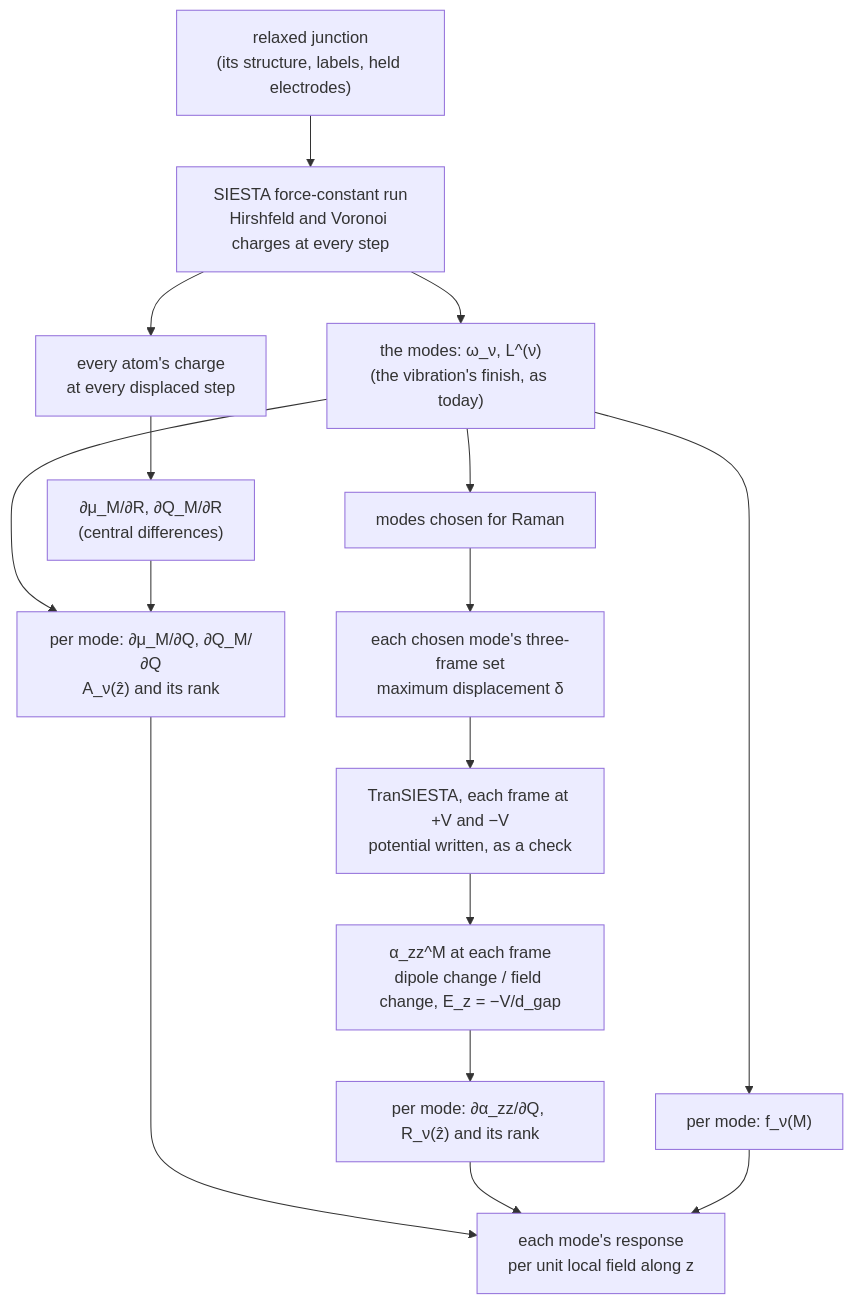
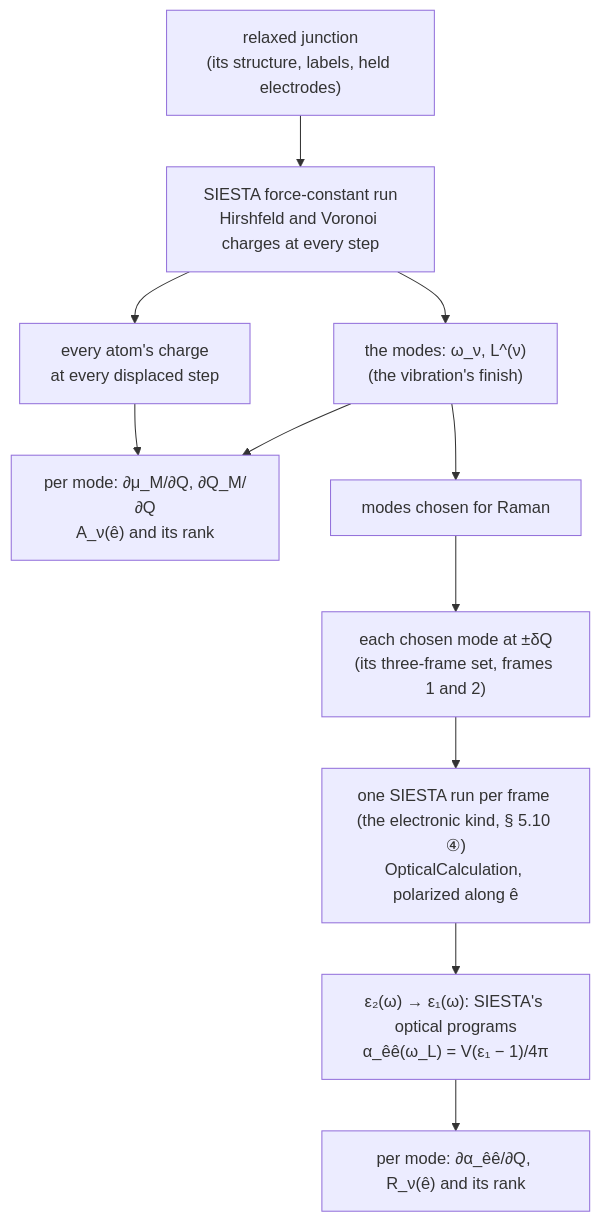
Before and after one commit to Qing-LAB/molbuilder: the diagram in docs/science/vibrational-optical-response.md, drawn with Mermaid. The commit also changed other lines of this file and 2 other files, not shown here.

````diff
--- a/docs/science/vibrational-optical-response.md
+++ b/docs/science/vibrational-optical-response.md
@@ -423,18 +341,13 @@
 ```mermaid
 flowchart TD
     J["relaxed junction<br/>(its structure, labels, held electrodes)"] --> FC["SIESTA force-constant run<br/>Hirshfeld and Voronoi charges at every step"]
-    FC --> MODES["the modes: ω_ν, L^(ν)<br/>(the vibration's finish, as today)"]
+    FC --> MODES["the modes: ω_ν, L^(ν)<br/>(the vibration's finish)"]
     FC --> QS["every atom's charge<br/>at every displaced step"]
-    QS --> D["∂μ_M/∂R, ∂Q_M/∂R<br/>(central differences)"]
-    MODES --> IR["per mode: ∂μ_M/∂Q, ∂Q_M/∂Q<br/>A_ν(ẑ) and its rank"]
-    D --> IR
-    MODES --> LOC["per mode: f_ν(M)"]
+    QS --> IR["per mode: ∂μ_M/∂Q, ∂Q_M/∂Q<br/>A_ν(ê) and its rank"]
+    MODES --> IR
     MODES --> SEL["modes chosen for Raman"]
-    SEL --> FR["each chosen mode's three-frame set<br/>maximum displacement δ"]
-    FR --> TS["TranSIESTA, each frame at +V and −V<br/>potential written, as a check"]
-    TS --> AZ["α_zz^M at each frame<br/>dipole change / field change, E_z = −V/d_gap"]
-    AZ --> RA["per mode: ∂α_zz/∂Q, R_ν(ẑ) and its rank"]
-    IR --> OUT["each mode's response<br/>per unit local field along z"]
-    RA --> OUT
-    LOC --> OUT
+    SEL --> FR["each chosen mode at ±δQ<br/>(its three-frame set, frames 1 and 2)"]
+    FR --> OPT["one SIESTA run per frame (the electronic kind, § 5.10 ④)<br/>OpticalCalculation, polarized along ê"]
+    OPT --> KK["ε₂(ω) → ε₁(ω): SIESTA's optical programs<br/>α_êê(ω_L) = V(ε₁ − 1)/4π"]
+    KK --> RA["per mode: ∂α_êê/∂Q, R_ν(ê) and its rank"]
 ```
````
